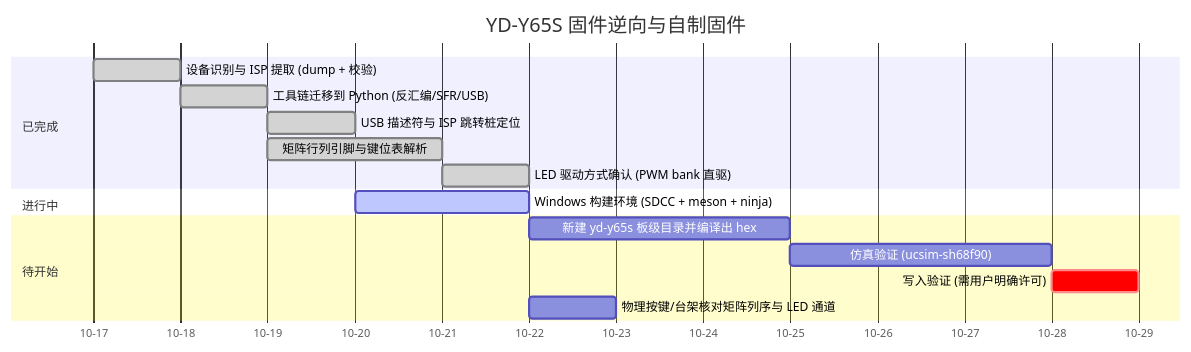
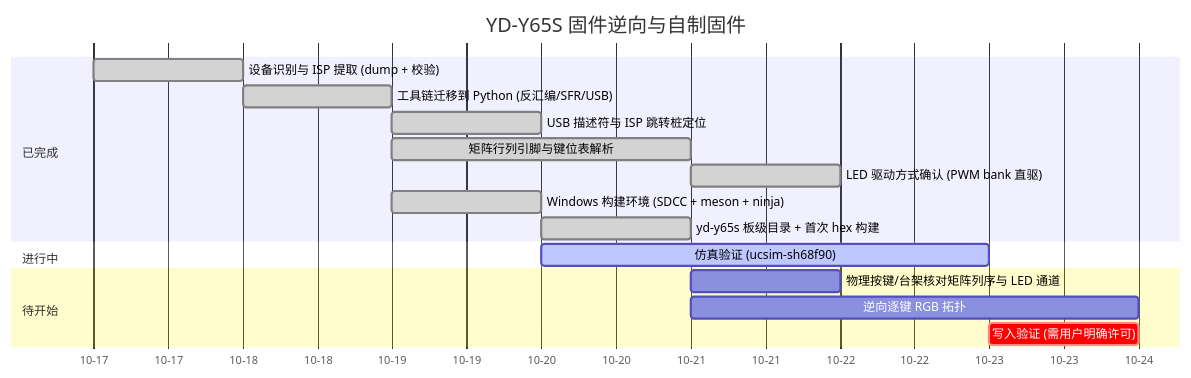
The diagram in brain/roadmap.md (adam-ikari/y65s_cfw), drawn with Mermaid before and after one commit. The commit also changed other lines of this file and 17 other files, not shown here.

````diff
--- a/brain/roadmap.md
+++ b/brain/roadmap.md
@@ -12,19 +12,20 @@
 ```mermaid
 gantt
   title YD-Y65S 固件逆向与自制固件
   dateFormat YYYY-MM-DD
   axisFormat %m-%d
   section 已完成
   设备识别与 ISP 提取 (dump + 校验)        :done, a1, 2026-10-17, 1d
   工具链迁移到 Python (反汇编/SFR/USB)     :done, a2, after a1, 1d
   USB 描述符与 ISP 跳转桩定位              :done, a3, after a2, 1d
   矩阵行列引脚与键位表解析                 :done, b1, 2026-10-19, 2d
   LED 驱动方式确认 (PWM bank 直驱)         :done, b2, after b1, 1d
+  Windows 构建环境 (SDCC + meson + ninja)  :done, c1, 2026-10-19, 1d
+  yd-y65s 板级目录 + 首次 hex 构建          :done, c2, after c1, 1d
   section 进行中
-  Windows 构建环境 (SDCC + meson + ninja)  :active, c1, 2026-10-20, 2d
+  仿真验证 (ucsim-sh68f90)                 :active, c3, 2026-10-20, 3d
   section 待开始
-  新建 yd-y65s 板级目录并编译出 hex        :c2, after c1, 3d
-  仿真验证 (ucsim-sh68f90)                 :c3, after c2, 3d
+  物理按键/台架核对矩阵列序与 LED 通道     :c5, after c2, 1d
+  逆向逐键 RGB 拓扑                         :c6, after c2, 3d
   写入验证 (需用户明确许可)                :crit, c4, after c3, 1d
-  物理按键/台架核对矩阵列序与 LED 通道     :c5, after c1, 1d
 ```
````
